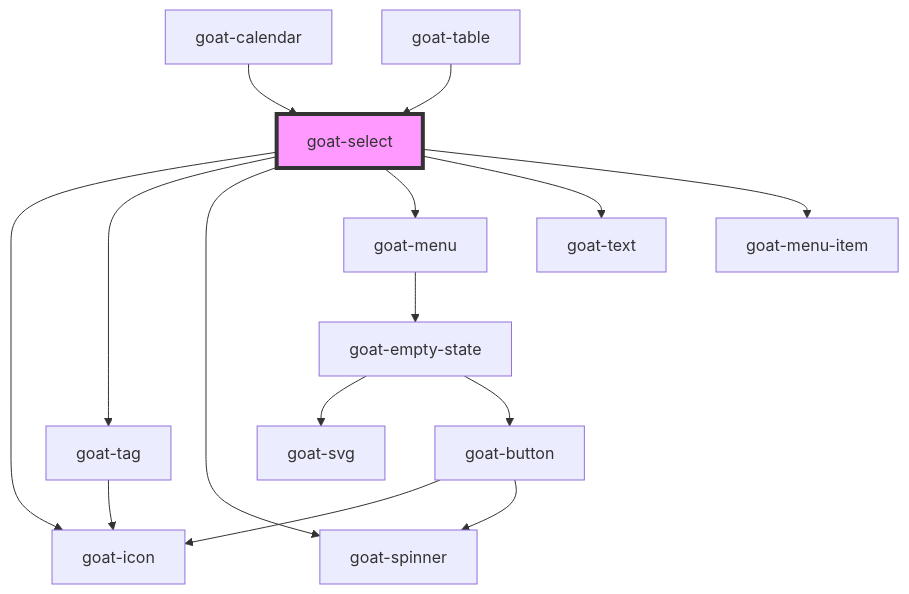
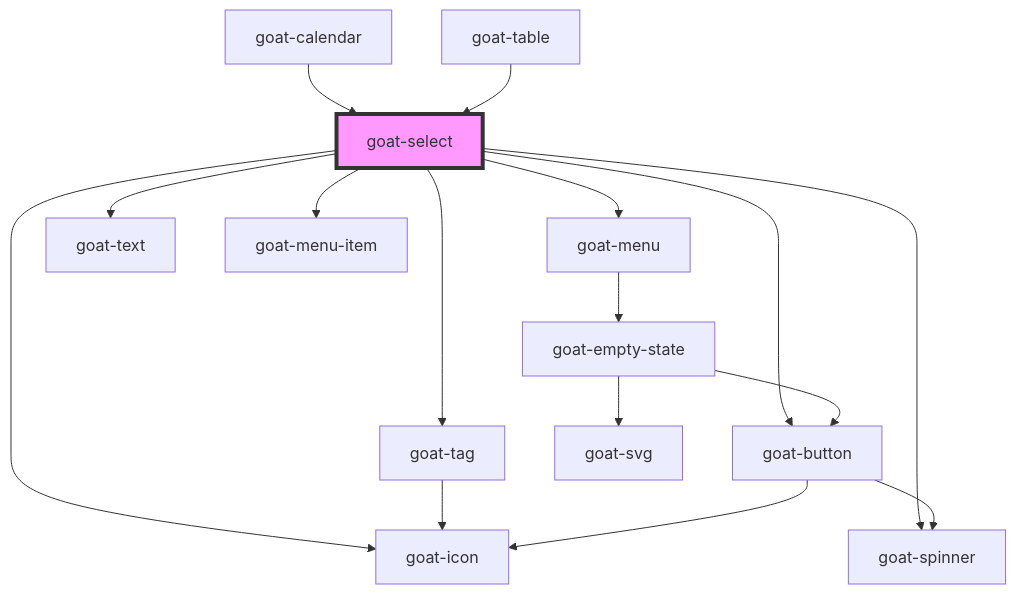
One commit to goatui/components changed the diagram in src/components/data-entry/select/readme.md. Above: the diagram before and after it, drawn with Mermaid. The commit also changed other lines of this file and 7 other files, not shown here.

````diff
--- a/src/components/data-entry/select/readme.md
+++ b/src/components/data-entry/select/readme.md
@@ -93,18 +94,19 @@
 ```mermaid
 graph TD;
   goat-select --> goat-icon
   goat-select --> goat-tag
+  goat-select --> goat-button
   goat-select --> goat-spinner
   goat-select --> goat-menu
   goat-select --> goat-text
   goat-select --> goat-menu-item
   goat-tag --> goat-icon
+  goat-button --> goat-icon
+  goat-button --> goat-spinner
   goat-menu --> goat-empty-state
   goat-empty-state --> goat-svg
   goat-empty-state --> goat-button
-  goat-button --> goat-icon
-  goat-button --> goat-spinner
   goat-calendar --> goat-select
   goat-table --> goat-select
   style goat-select fill:#f9f,stroke:#333,stroke-width:4px
 ```
````
